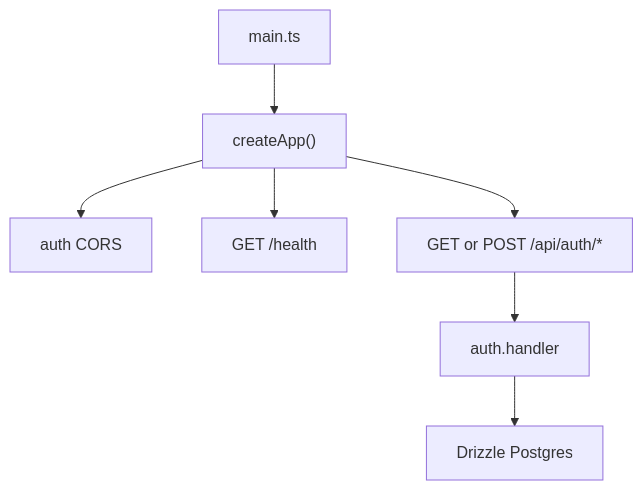
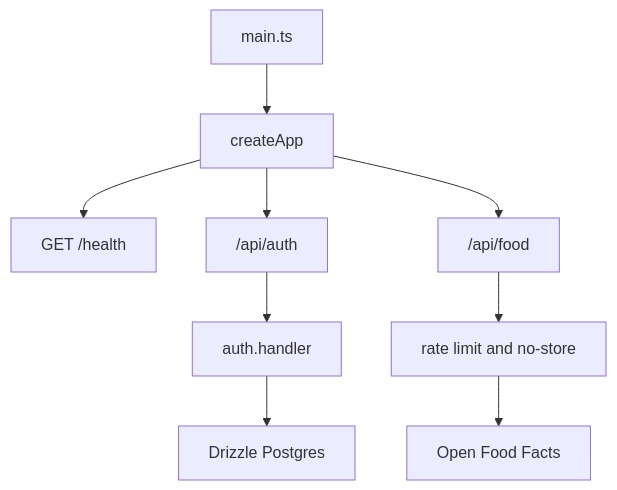
The diagram in openwiki/api/server.md (bishsbytes/bro), drawn with Mermaid before and after one commit. The commit also changed other lines of this file and 19 other files, not shown here.

````diff
--- a/openwiki/api/server.md
+++ b/openwiki/api/server.md
@@ -22,9 +27,11 @@
 ```mermaid
 flowchart TD
-  Main["main.ts"] --> Create["createApp()"]
-  Create --> Cors["auth CORS"]
-  Create --> Health["GET /health"]
-  Create --> AuthRoute["GET or POST /api/auth/*"]
-  AuthRoute --> BetterAuth["auth.handler"]
-  BetterAuth --> Pg["Drizzle Postgres"]
+  Main["main.ts"] --> App["createApp"]
+  App --> Health["GET /health"]
+  App --> Auth["/api/auth"]
+  Auth --> BetterAuth["auth.handler"]
+  BetterAuth --> Postgres["Drizzle Postgres"]
+  App --> Food["/api/food"]
+  Food --> Limit["rate limit and no-store"]
+  Limit --> Provider["Open Food Facts"]
 ```
````
